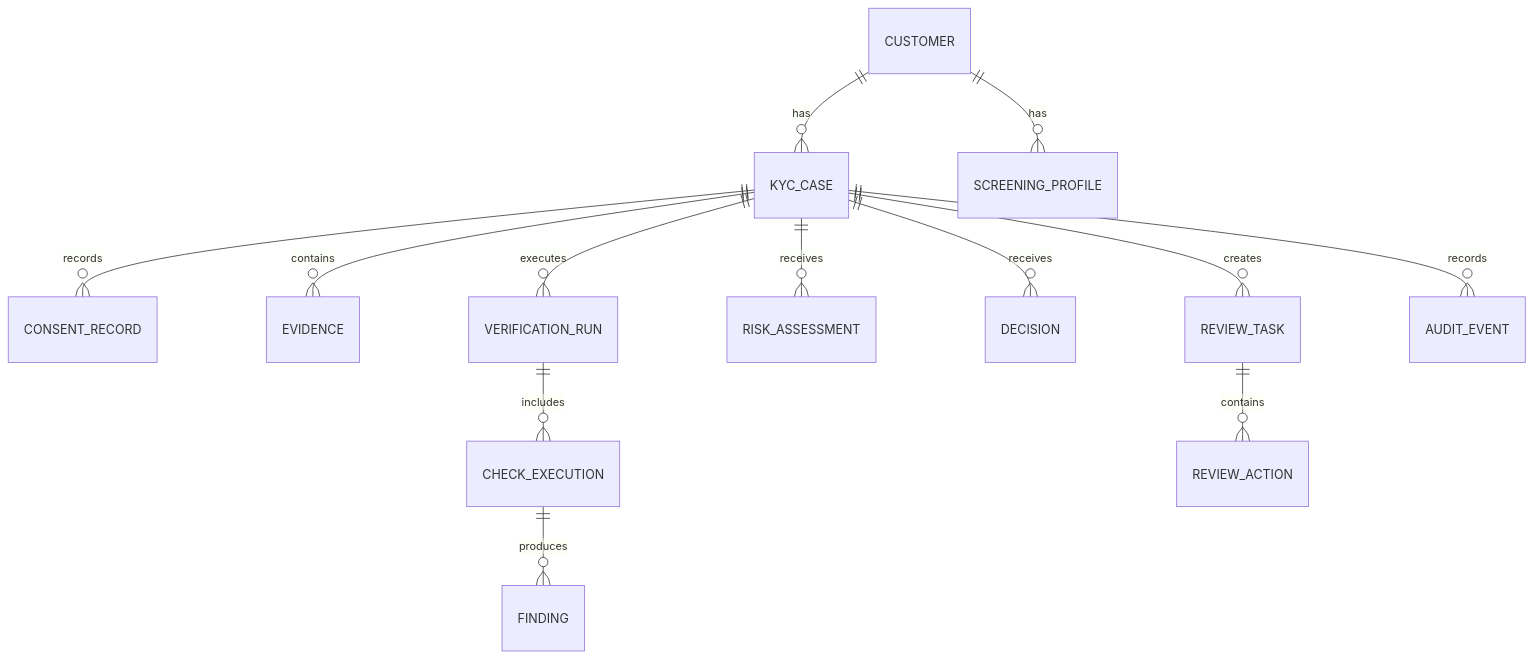
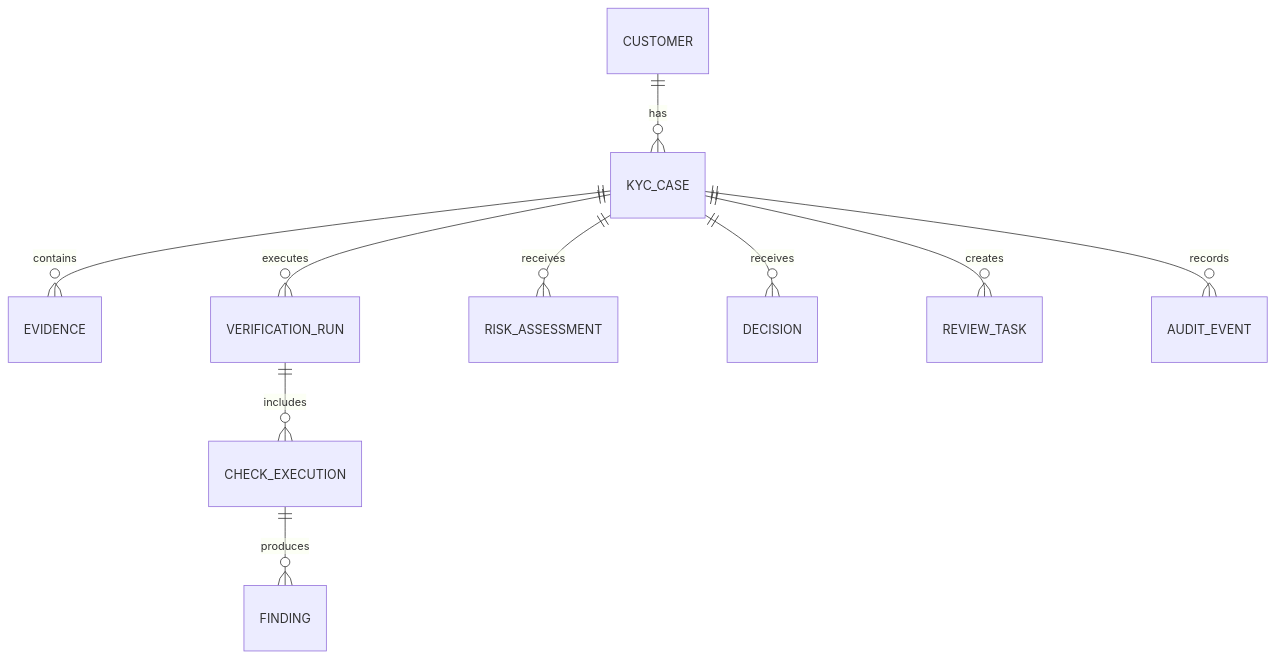
Before and after one commit to AvadhBhalodiya/Interview-Preparation: the eighth of 9 diagrams in src/content/system-design/kyc-pipeline.md, drawn with Mermaid. The commit also changed other lines of this file and 54 other files, not shown here.

````diff
--- a/src/content/system-design/kyc-pipeline.md
+++ b/src/content/system-design/kyc-pipeline.md
@@ -1207,15 +605,12 @@
 ```mermaid
 erDiagram
     CUSTOMER ||--o{ KYC_CASE : has
-    KYC_CASE ||--o{ CONSENT_RECORD : records
     KYC_CASE ||--o{ EVIDENCE : contains
     KYC_CASE ||--o{ VERIFICATION_RUN : executes
     VERIFICATION_RUN ||--o{ CHECK_EXECUTION : includes
     CHECK_EXECUTION ||--o{ FINDING : produces
     KYC_CASE ||--o{ RISK_ASSESSMENT : receives
     KYC_CASE ||--o{ DECISION : receives
     KYC_CASE ||--o{ REVIEW_TASK : creates
-    REVIEW_TASK ||--o{ REVIEW_ACTION : contains
     KYC_CASE ||--o{ AUDIT_EVENT : records
-    CUSTOMER ||--o{ SCREENING_PROFILE : has
 ```
````
